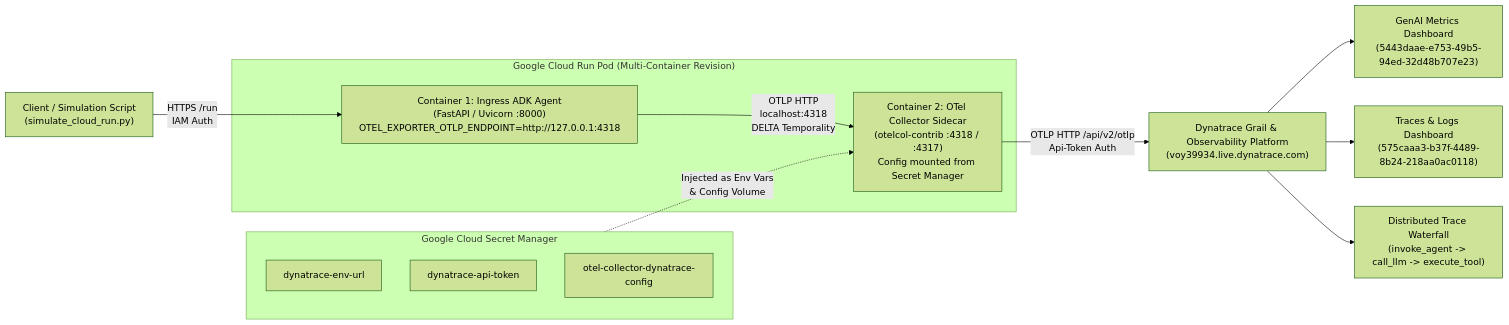
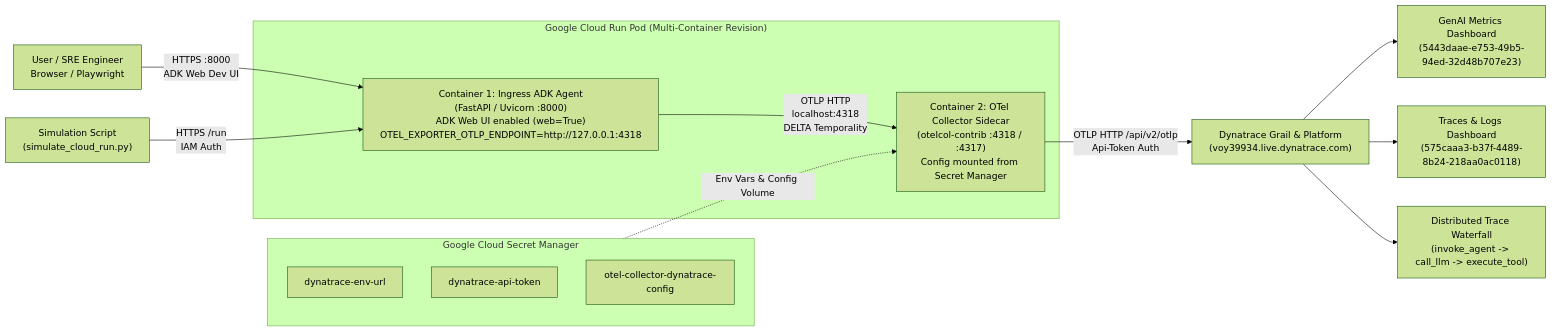
The diagram in deploy/cloud_run/README.md (naveen-engg/google-adk-local-observability), drawn with Mermaid (forest theme) before and after one commit. The commit also changed other lines of this file, not shown here.

Commit message:
docs(cloud-run): expand README with visual showcase of Web UI, Dynatrace metrics/traces, and step-by-step deployment guide

````diff
--- a/deploy/cloud_run/README.md
+++ b/deploy/cloud_run/README.md
@@ -9,23 +9,24 @@
 ```mermaid
 flowchart LR
-    Client["Client / Simulation Script\n(simulate_cloud_run.py)"] -->|HTTPS /run\nIAM Auth| CR_Main
+    User["User / SRE Engineer\nBrowser / Playwright"] -->|HTTPS :8000\nADK Web Dev UI| CR_Main
+    Client["Simulation Script\n(simulate_cloud_run.py)"] -->|HTTPS /run\nIAM Auth| CR_Main
 
     subgraph CloudRun["Google Cloud Run Pod (Multi-Container Revision)"]
-        CR_Main["Container 1: Ingress ADK Agent\n(FastAPI / Uvicorn :8000)\nOTEL_EXPORTER_OTLP_ENDPOINT=http://127.0.0.1:4318"]
+        CR_Main["Container 1: Ingress ADK Agent\n(FastAPI / Uvicorn :8000)\nADK Web UI enabled (web=True)\nOTEL_EXPORTER_OTLP_ENDPOINT=http://127.0.0.1:4318"]
         CR_Sidecar["Container 2: OTel Collector Sidecar\n(otelcol-contrib :4318 / :4317)\nConfig mounted from Secret Manager"]
         CR_Main -->|OTLP HTTP\nlocalhost:4318\nDELTA Temporality| CR_Sidecar
     end
 
     subgraph SecretManager["Google Cloud Secret Manager"]
         S1["dynatrace-env-url"]
         S2["dynatrace-api-token"]
         S3["otel-collector-dynatrace-config"]
     end
 
-    SecretManager -.->|Injected as Env Vars\n& Config Volume| CR_Sidecar
+    SecretManager -.->|Env Vars & Config Volume| CR_Sidecar
 
-    CR_Sidecar -->|OTLP HTTP /api/v2/otlp\nApi-Token Auth| DT["Dynatrace Grail & Observability Platform\n(voy39934.live.dynatrace.com)"]
+    CR_Sidecar -->|OTLP HTTP /api/v2/otlp\nApi-Token Auth| DT["Dynatrace Grail & Platform\n(voy39934.live.dynatrace.com)"]
     DT --> D1["GenAI Metrics Dashboard\n(5443daae-e753-49b5-94ed-32d48b707e23)"]
     DT --> D2["Traces & Logs Dashboard\n(575caaa3-b37f-4489-8b24-218aa0ac0118)"]
     DT --> D3["Distributed Trace Waterfall\n(invoke_agent -> call_llm -> execute_tool)"]
 ```
````
